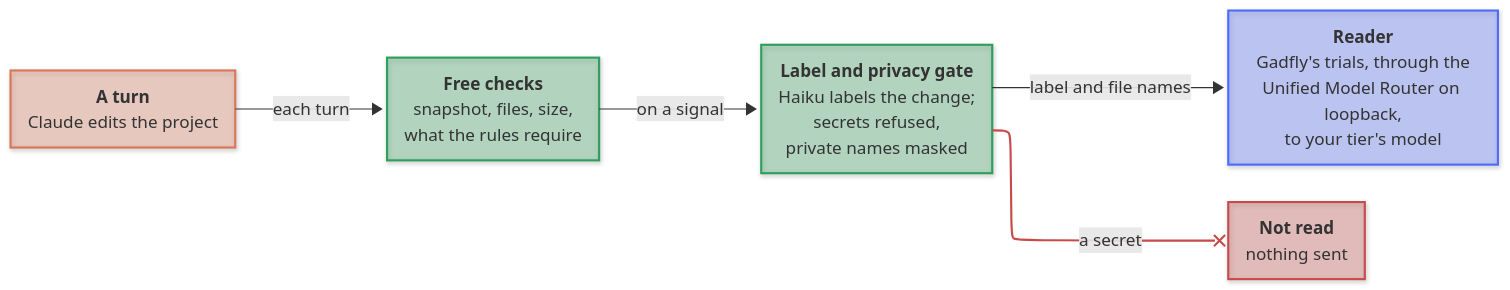
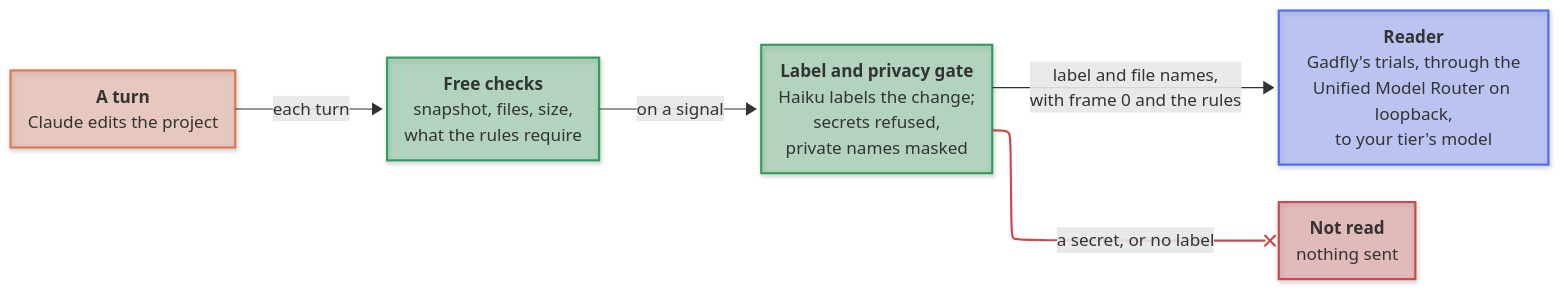
The first of 2 diagrams in docs/architecture.md (mirzahusadzic/claude-frame-loop), drawn with Mermaid before and after one commit. The commit also changed other lines of this file and 2 other files, not shown here.

First line of the commit message:
docs: match the README, quickstart and architecture to the code

````diff
--- a/docs/architecture.md
+++ b/docs/architecture.md
@@ -11,77 +11,77 @@
 ```mermaid
 ---
 config:
     layout: elk
     look: neo
     themeVariables:
         fontFamily: '-apple-system, BlinkMacSystemFont, "Segoe UI", "Noto Sans", Helvetica, Arial, sans-serif'
     flowchart:
         wrappingWidth: 220
         padding: 20
     themeCSS: >-
         foreignObject { overflow: visible; }
         [data-look="neo"] * { filter: none !important; }
         .node foreignObject, .node foreignObject *, .edgeLabel, .edgeLabel *,
         .cluster-label, .cluster-label * {
         font-family: -apple-system, BlinkMacSystemFont, "Segoe UI", "Noto Sans", Helvetica, Arial, sans-serif !important; line-height: 1.5 !important; }
         .node foreignObject, .node foreignObject * { white-space: nowrap !important; }
         code { font-family: ui-monospace, SFMono-Regular, "SF Mono", Menlo,
         Consolas, monospace; font-size: 0.9em; line-height: inherit;
         color: inherit !important; text-shadow: none !important;
         padding: 0 4px; border-radius: 4px;
         background: color-mix(in srgb, currentColor 14%, transparent)
         !important; }
         .edgeLabel, .edgeLabel p, .edgeLabel span {
         background: transparent !important; }
         .edgeLabel rect { fill: transparent !important; }
         .labelBkg { --knock: var(--vscode-editor-background,
         var(--bgColor-default, rgb(from currentColor
         clamp(30, (128 - r) * 100, 255) clamp(30, (128 - r) * 100, 255)
         clamp(30, (128 - r) * 100, 255)))); --ring: var(--knock);
         --fill: color-mix(in srgb, var(--ring) 30%, var(--knock));
         background: var(--fill) !important; border-radius: 4px;
         box-shadow: 0 0 0 5px var(--fill), 0 0 0 7px var(--ring); }
         .label[data-id^="L_CL_"] .labelBkg {
         --ring: #d97757; }
         .label[data-id^="L_PR_"] .labelBkg,
         .label[data-id^="L_FC_"] .labelBkg,
         .label[data-id^="L_GD_"] .labelBkg {
         --ring: #2e9e5b; }
         .label[data-id^="L_PG_RD_"] .labelBkg,
         .label[data-id^="L_RD_"] .labelBkg {
         --ring: #4d6bfe; }
         .label[data-id^="L_PG_NO_"] .labelBkg {
         --ring: #c94a4a; }
         .edgeLabel p, .edgeLabel span, .edgeLabel text {
         --halo: var(--fill, var(--vscode-editor-background,
         var(--bgColor-default,
         rgb(from currentColor clamp(0, (128 - r) * 100, 255)
         clamp(0, (128 - r) * 100, 255) clamp(0, (128 - r) * 100, 255)))));
         text-shadow: 1px 0 var(--halo), -1px 0 var(--halo),
         0 1px var(--halo), 0 -1px var(--halo), 1px 1px var(--halo),
         -1px -1px var(--halo), 1px -1px var(--halo), -1px 1px var(--halo),
         0 0 3px var(--halo), 0 0 4px var(--halo); }
 ---
 flowchart LR
     CL["<b>A turn</b><br/>Claude edits the project"]
     FC["<b>Free checks</b><br/>snapshot, files, size,<br/>what the rules require"]
     PG["<b>Label and privacy gate</b><br/>Haiku labels the change;<br/>secrets refused,<br/>private names masked"]
     RD["<b>Reader</b><br/>Gadfly's trials, through the<br/>Unified Model Router on loopback,<br/>to your tier's model"]
     NO["<b>Not read</b><br/>nothing sent"]
     CL -->|"each turn"| FC
     FC -->|"on a signal"| PG
-    PG -->|"label and file names"| RD
-    PG --x|"a secret"| NO
+    PG -->|"label and file names,<br/>with frame 0 and the rules"| RD
+    PG --x|"a secret, or no label"| NO
     classDef default fill:#8a96a82e,stroke:#8a96a8,stroke-width:1px
     classDef claude fill:#d977574d,stroke:#d97757,stroke-width:2px
     classDef session fill:#d977570d,stroke:#d97757,stroke-width:1px
     classDef loop fill:#2e9e5b4d,stroke:#2e9e5b,stroke-width:2px
     classDef row fill:#2e9e5b0d,stroke:#2e9e5b,stroke-width:1px
     classDef reader fill:#4d6bfe4d,stroke:#4d6bfe,stroke-width:2px
     classDef refused fill:#c94a4a4d,stroke:#c94a4a,stroke-width:2px
     class CL claude
     class FC,PG loop
     class RD reader
     class NO refused
     linkStyle 3 stroke:#c94a4a,stroke-width:2px
 ```
````
